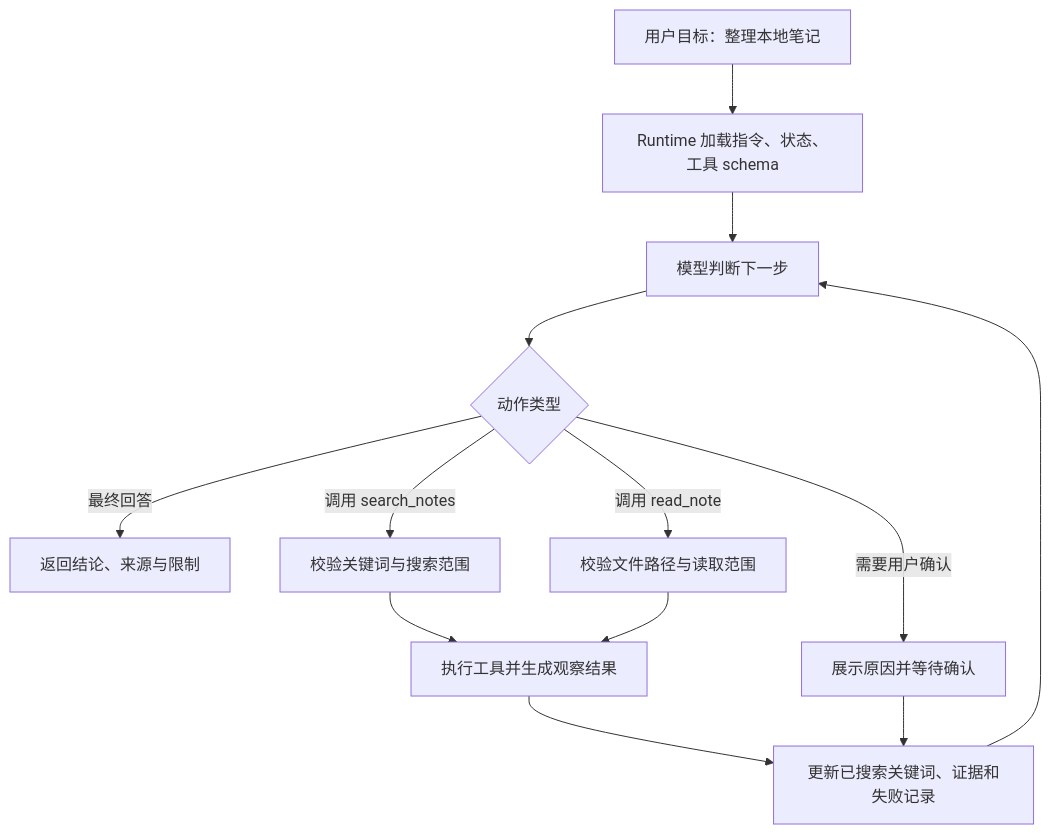
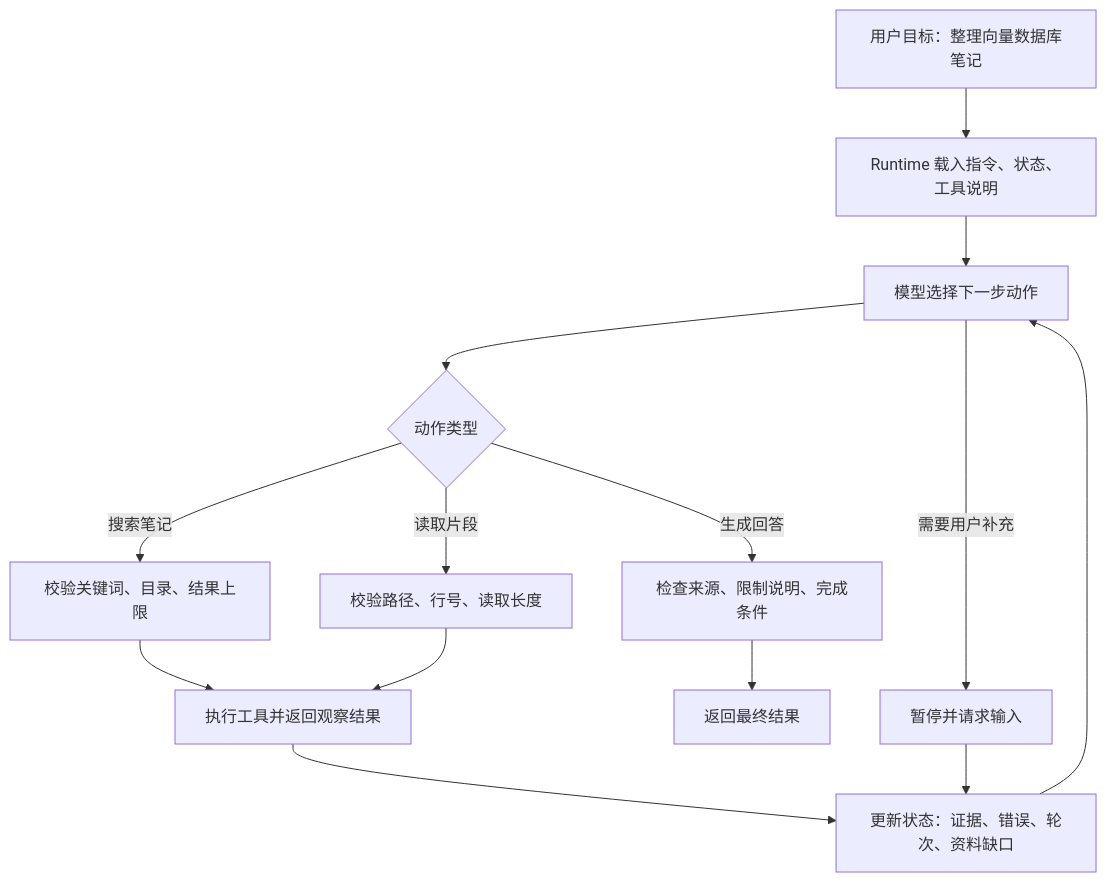
The first of 2 diagrams in docs/AI/Agent/Agent基础/Agent基础概念.md (Doge2077/liyyro), drawn with Mermaid before and after one commit. The commit also changed other lines of this file and 3 other files, not shown here.

````diff
--- a/docs/AI/Agent/Agent基础/Agent基础概念.md
+++ b/docs/AI/Agent/Agent基础/Agent基础概念.md
@@ -47,15 +165,16 @@
 ```mermaid
 graph TD
-  A["用户目标：整理本地笔记"] --> B["Runtime 加载指令、状态、工具 schema"]
-  B --> C["模型判断下一步"]
+  A["用户目标：整理向量数据库笔记"] --> B["Runtime 载入指令、状态、工具说明"]
+  B --> C["模型选择下一步动作"]
   C --> D{"动作类型"}
-  D -->|"最终回答"| E["返回结论、来源与限制"]
-  D -->|"调用 search_notes"| F["校验关键词与搜索范围"]
-  D -->|"调用 read_note"| G["校验文件路径与读取范围"]
-  F --> H["执行工具并生成观察结果"]
-  G --> H
-  H --> I["更新已搜索关键词、证据和失败记录"]
+  D -->|"搜索笔记"| E["校验关键词、目录、结果上限"]
+  D -->|"读取片段"| F["校验路径、行号、读取长度"]
+  D -->|"生成回答"| G["检查来源、限制说明、完成条件"]
+  E --> H["执行工具并返回观察结果"]
+  F --> H
+  H --> I["更新状态：证据、错误、轮次、资料缺口"]
   I --> C
-  D -->|"需要用户确认"| J["展示原因并等待确认"]
-  J --> I
+  G --> J["返回最终结果"]
+  C -->|"需要用户补充"| K["暂停并请求输入"]
+  K --> I
 ```
````
